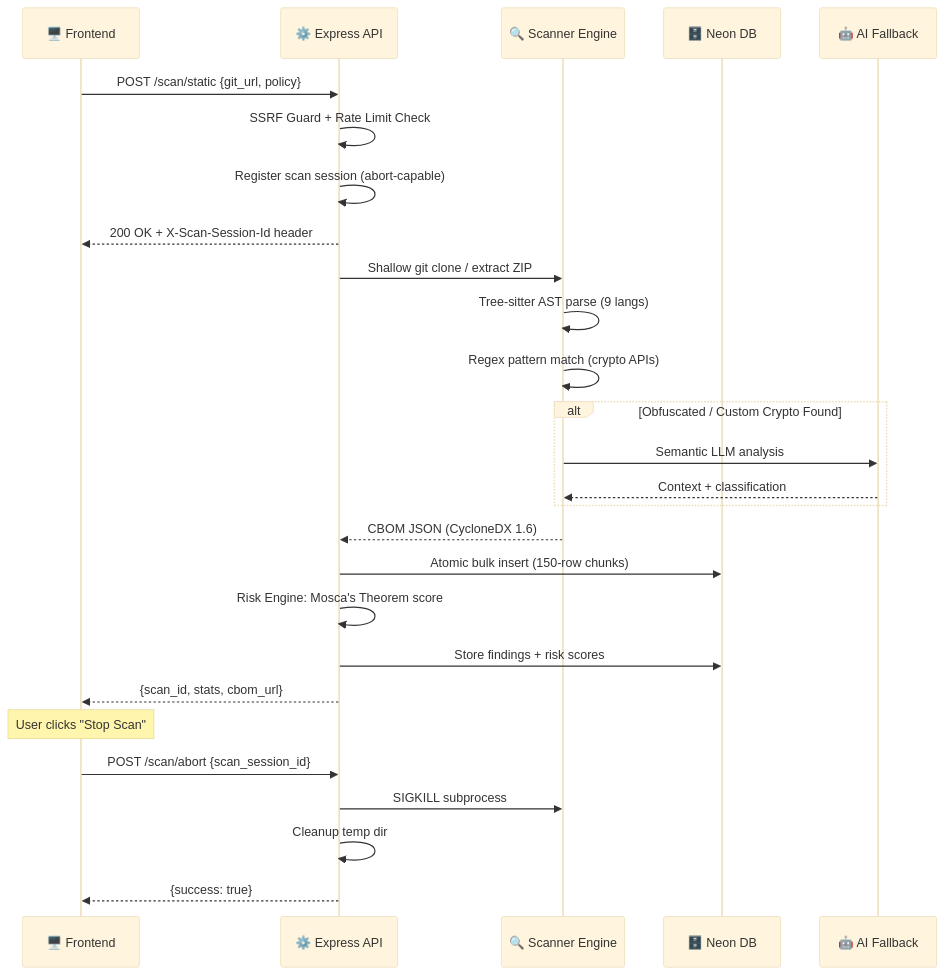
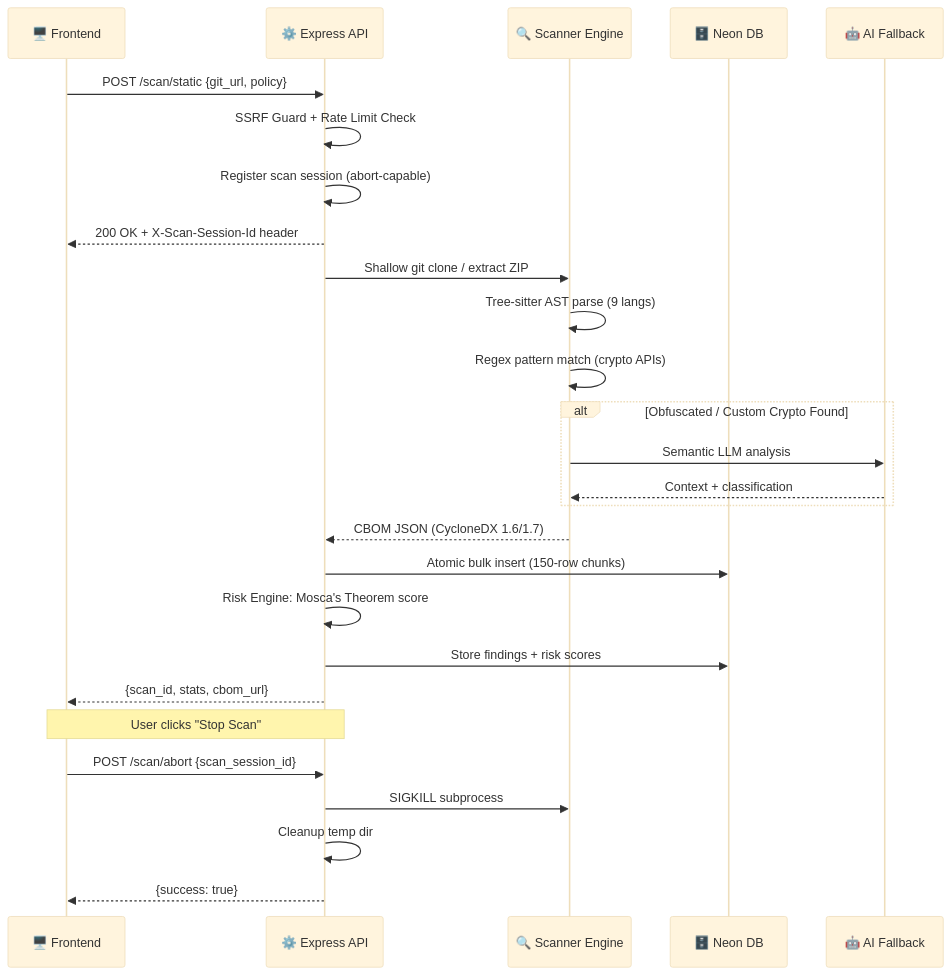
Before and after one commit to jeevanchandrashekhar31-a11y/ECDAT: the second of 4 diagrams in README.md, drawn with Mermaid (base theme). The commit also changed other lines of this file and 2 other files, not shown here.

````diff
--- a/README.md
+++ b/README.md
@@ -121,34 +114,33 @@
 ```mermaid
 sequenceDiagram
-    participant FE as 🖥️ Frontend
-    participant API as ⚙️ Express API
-    participant SCN as 🔍 Scanner Engine
-    participant DB as 🗄️ Neon DB
-    participant AE as 🤖 AI Fallback
+  participant FE as 🖥️ Frontend
+  participant API as ⚙️ Express API
+  participant SCN as 🔍 Scanner Engine
+  participant DB as 🗄️ Neon DB
+  participant AE as 🤖 AI Fallback
 
-    FE->>API: POST /scan/static {git_url, policy}
-    API->>API: SSRF Guard + Rate Limit Check
-    API->>API: Register scan session (abort-capable)
-    API-->>FE: 200 OK + X-Scan-Session-Id header
-
-    API->>SCN: Shallow git clone / extract ZIP
-    SCN->>SCN: Tree-sitter AST parse (9 langs)
-    SCN->>SCN: Regex pattern match (crypto APIs)
-    
-    alt Obfuscated / Custom Crypto Found
-        SCN->>AE: Semantic LLM analysis
-        AE-->>SCN: Context + classification
-    end
-
-    SCN-->>API: CBOM JSON (CycloneDX 1.6)
-    API->>DB: Atomic bulk insert (150-row chunks)
-    API->>API: Risk Engine: Mosca's Theorem score
-    API->>DB: Store findings + risk scores
-    API-->>FE: {scan_id, stats, cbom_url}
-    
-    Note over FE: User clicks "Stop Scan"
-    FE->>API: POST /scan/abort {scan_session_id}
-    API->>SCN: SIGKILL subprocess
-    API->>API: Cleanup temp dir
-    API-->>FE: {success: true}
+  FE->>API: POST /scan/static {git_url, policy}
+  API->>API: SSRF Guard + Rate Limit Check
+  API->>API: Register scan session (abort-capable)
+  API-->>FE: 200 OK + X-Scan-Session-Id header
+  API->>SCN: Shallow git clone / extract ZIP
+  SCN->>SCN: Tree-sitter AST parse (9 langs)
+  SCN->>SCN: Regex pattern match (crypto APIs)
+  
+  alt Obfuscated / Custom Crypto Found
+    SCN->>AE: Semantic LLM analysis
+    AE-->>SCN: Context + classification
+  end
+  
+  SCN-->>API: CBOM JSON (CycloneDX 1.6/1.7)
+  API->>DB: Atomic bulk insert (150-row chunks)
+  API->>API: Risk Engine: Mosca's Theorem score
+  API->>DB: Store findings + risk scores
+  API-->>FE: {scan_id, stats, cbom_url}
+  
+  Note over FE,API: User clicks "Stop Scan"
+  FE->>API: POST /scan/abort {scan_session_id}
+  API->>SCN: SIGKILL subprocess
+  API->>API: Cleanup temp dir
+  API-->>FE: {success: true}
 ```
````
